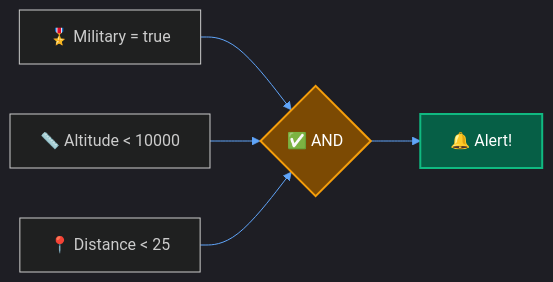
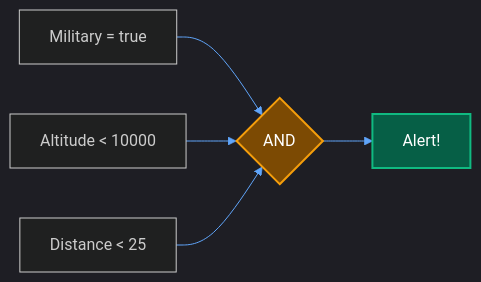
The first of 3 diagrams in docs/Getting Started/safety-and-alerts/custom-rules.md (CHA0S-CORP/SkySpyDocs), drawn with Mermaid before and after one commit. The commit also changed other lines of this file and 94 other files, not shown here.

````diff
--- a/docs/Getting Started/safety-and-alerts/custom-rules.md
+++ b/docs/Getting Started/safety-and-alerts/custom-rules.md
@@ -84,11 +84,11 @@
-    ```mermaid
-    %%{init: {'theme': 'dark', 'themeVariables': { 'primaryColor': '#1e3a5f', 'primaryTextColor': '#fff', 'primaryBorderColor': '#3b82f6', 'lineColor': '#60a5fa'}}}%%
-    flowchart LR
-        M["🎖️ Military = true"] --> AND{"✅ AND"}
-        A["📏 Altitude < 10000"] --> AND
-        D["📍 Distance < 25"] --> AND
-        AND --> ALERT["🔔 Alert!"]
+```mermaid
+%%{init: {'theme': 'dark', 'themeVariables': { 'primaryColor': '#1e3a5f', 'primaryTextColor': '#fff', 'primaryBorderColor': '#3b82f6', 'lineColor': '#60a5fa'}}}%%
+flowchart LR
+    M["Military = true"] --> AND{"AND"}
+    A["Altitude < 10000"] --> AND
+    D["Distance < 25"] --> AND
+    AND --> ALERT["Alert!"]
 
-        style AND fill:#7c4a03,stroke:#f59e0b,stroke-width:2px,color:#fff
-        style ALERT fill:#065f46,stroke:#10b981,stroke-width:2px,color:#fff
-    ```
+    style AND fill:#7c4a03,stroke:#f59e0b,stroke-width:2px,color:#fff
+    style ALERT fill:#065f46,stroke:#10b981,stroke-width:2px,color:#fff
+```
````
